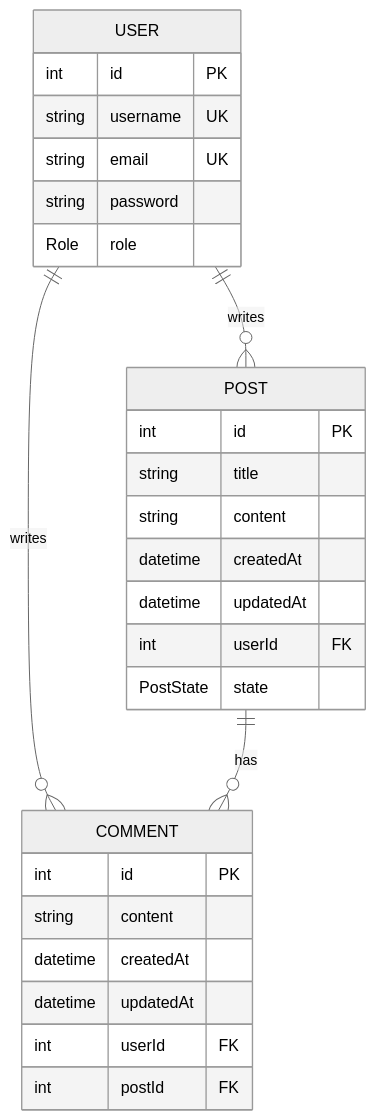
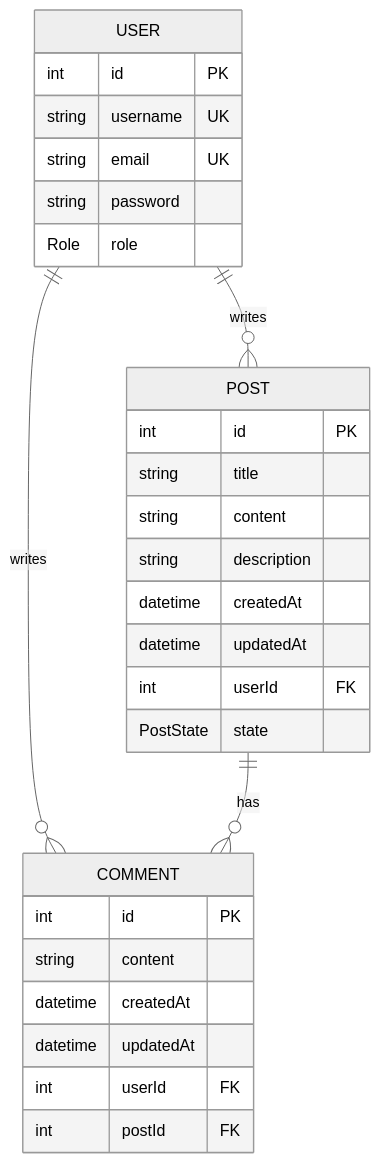
The diagram in docs/database.md (feddevv/blog-api), drawn with Mermaid (neutral theme) before and after one commit.

Commit message:
docs: update docs according to api changes

````diff
--- a/docs/database.md
+++ b/docs/database.md
@@ -14,33 +14,34 @@
 ```mermaid
 erDiagram
 	USER ||--o{ POST : writes
 	USER ||--o{ COMMENT : writes
 	POST ||--o{ COMMENT : has
 
 	USER {
 		int id PK
 		string username UK
 		string email UK
 		string password
 		Role role
 	}
 
 	POST {
 		int id PK
 		string title
 		string content
+		string description
 		datetime createdAt
 		datetime updatedAt
 		int userId FK
 		PostState state
 	}
 
 	COMMENT {
 		int id PK
 		string content
 		datetime createdAt
 		datetime updatedAt
 		int userId FK
 		int postId FK
 	}
 ```
````
